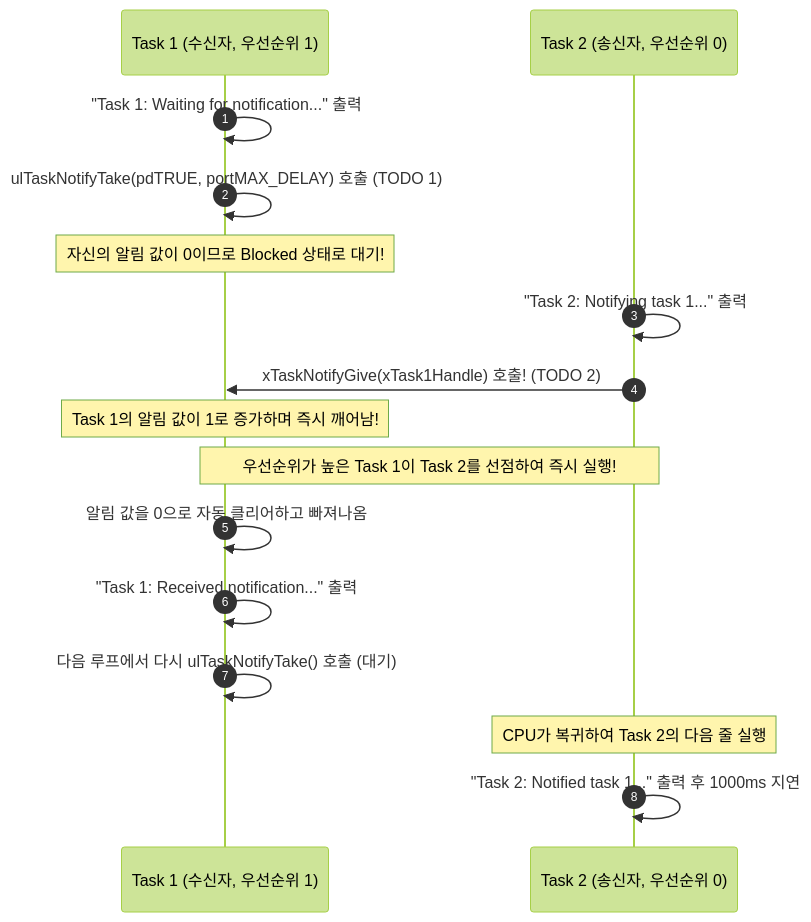
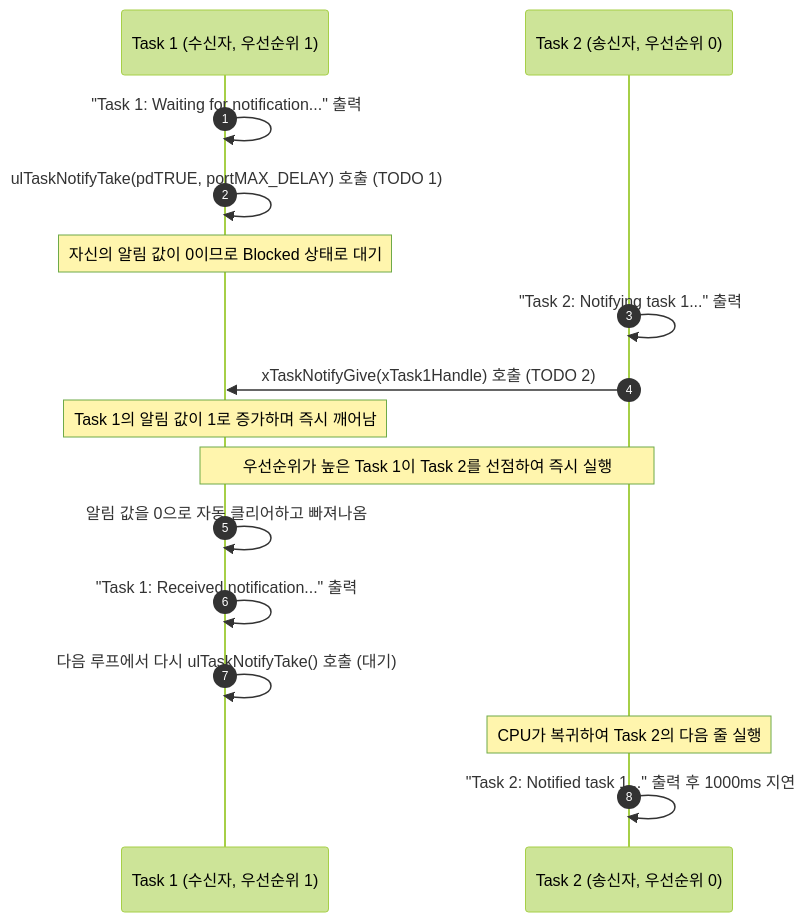
Before and after one commit to yunju-baek/FreeRTOS-Tutorials-ko: the second of 2 diagrams in ko/guides/tutorial_17.md, drawn with Mermaid (forest theme). The commit also changed other lines of this file and 37 other files, not shown here.

````diff
--- a/ko/guides/tutorial_17.md
+++ b/ko/guides/tutorial_17.md
@@ -65,21 +70,21 @@
 ```mermaid
 sequenceDiagram
     autonumber
     participant T1 as Task 1 (수신자, 우선순위 1)
     participant T2 as Task 2 (송신자, 우선순위 0)
 
     T1->>T1: "Task 1: Waiting for notification..." 출력
     T1->>T1: ulTaskNotifyTake(pdTRUE, portMAX_DELAY) 호출 (TODO 1)
-    Note over T1: 자신의 알림 값이 0이므로 Blocked 상태로 대기!
-    
+    Note over T1: 자신의 알림 값이 0이므로 Blocked 상태로 대기
+
     T2->>T2: "Task 2: Notifying task 1..." 출력
-    T2->>T1: xTaskNotifyGive(xTask1Handle) 호출! (TODO 2)
-    Note over T1: Task 1의 알림 값이 1로 증가하며 즉시 깨어남!
-    Note over T1,T2: 우선순위가 높은 Task 1이 Task 2를 선점하여 즉시 실행!
+    T2->>T1: xTaskNotifyGive(xTask1Handle) 호출 (TODO 2)
+    Note over T1: Task 1의 알림 값이 1로 증가하며 즉시 깨어남
+    Note over T1,T2: 우선순위가 높은 Task 1이 Task 2를 선점하여 즉시 실행
     T1->>T1: 알림 값을 0으로 자동 클리어하고 빠져나옴
     T1->>T1: "Task 1: Received notification..." 출력
     T1->>T1: 다음 루프에서 다시 ulTaskNotifyTake() 호출 (대기)
-    
+
     Note over T2: CPU가 복귀하여 Task 2의 다음 줄 실행
     T2->>T2: "Task 2: Notified task 1..." 출력 후 1000ms 지연
 ```
````
